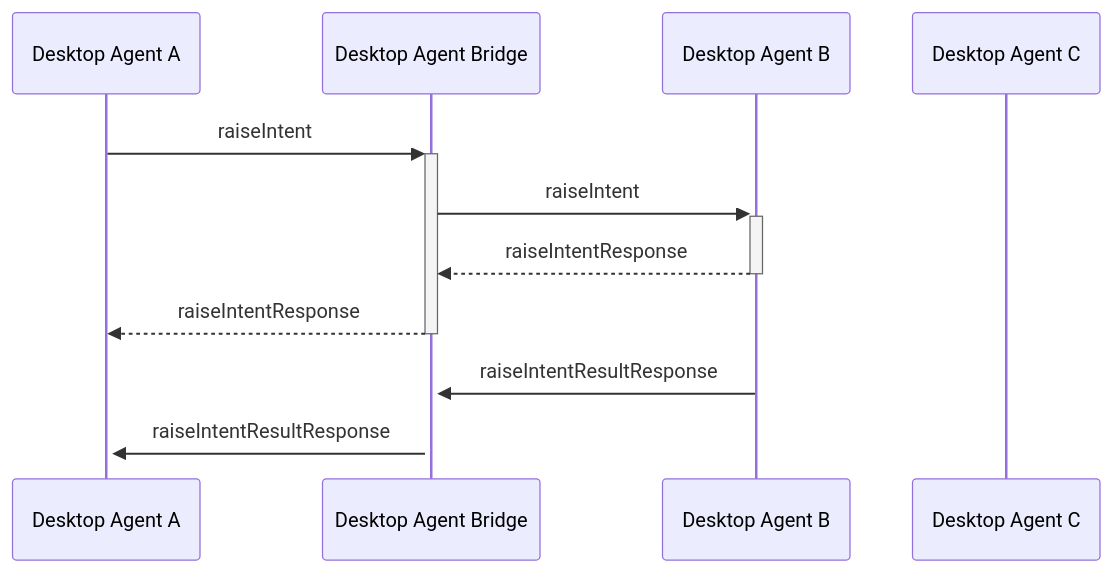
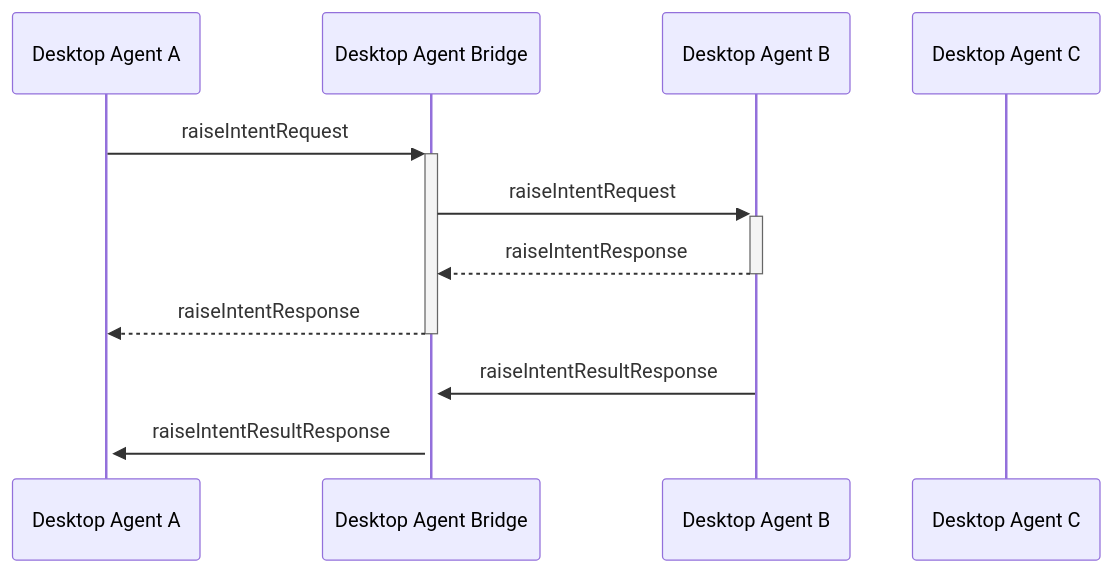
Before and after one commit to finos/FDC3: the diagram in docs/api-bridging/ref/raiseIntent.md, drawn with Mermaid. The commit also changed other lines of this file and 42 other files, not shown here.

First line of the commit message:
Adding schema links to bridging ref docs + corrections

````diff
--- a/docs/api-bridging/ref/raiseIntent.md
+++ b/docs/api-bridging/ref/raiseIntent.md
@@ -42,13 +42,13 @@
 ```mermaid
 sequenceDiagram
     participant DA as Desktop Agent A
     participant DAB as Desktop Agent Bridge
     participant DB as Desktop Agent B
     participant DC as Desktop Agent C
-    DA ->>+ DAB: raiseIntent
-    DAB ->>+ DB: raiseIntent
+    DA ->>+ DAB: raiseIntentRequest
+    DAB ->>+ DB: raiseIntentRequest
     DB -->>- DAB: raiseIntentResponse
     DAB -->>- DA: raiseIntentResponse
     DB ->>+ DAB: raiseIntentResultResponse
     DAB ->>+ DA: raiseIntentResultResponse
 ```
````
